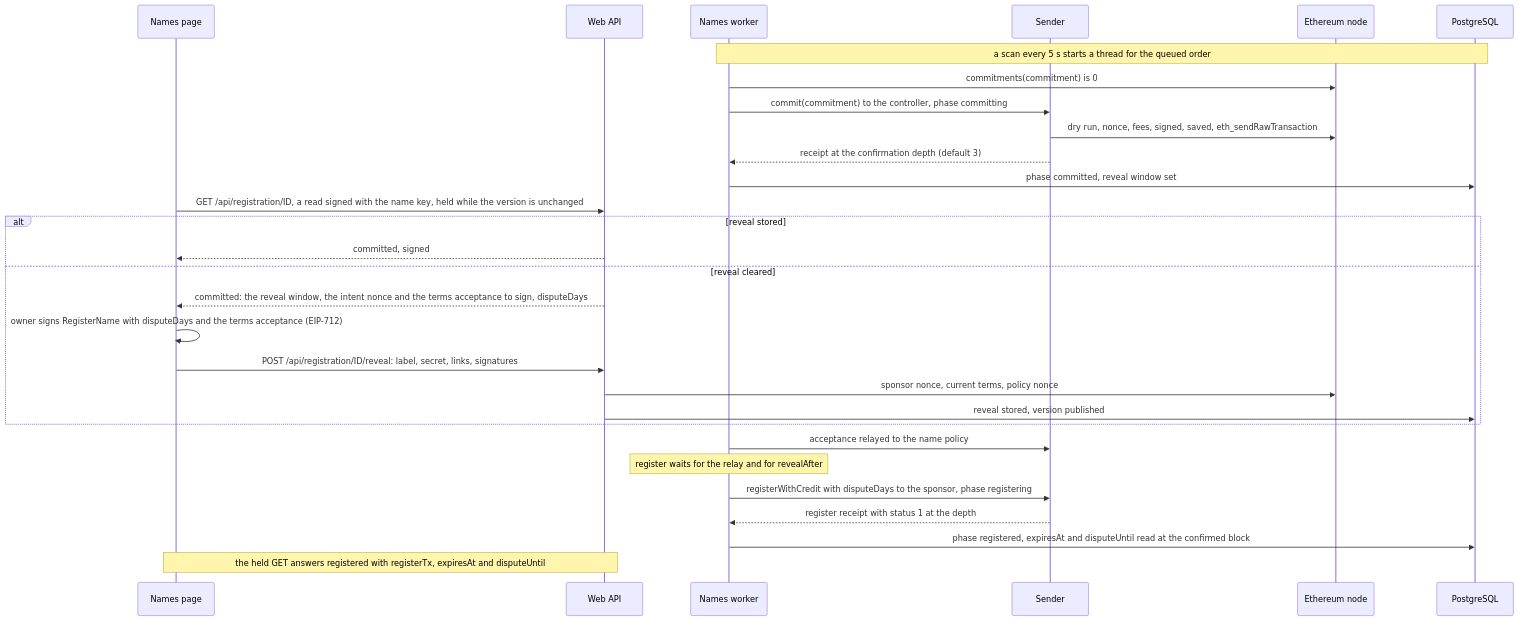
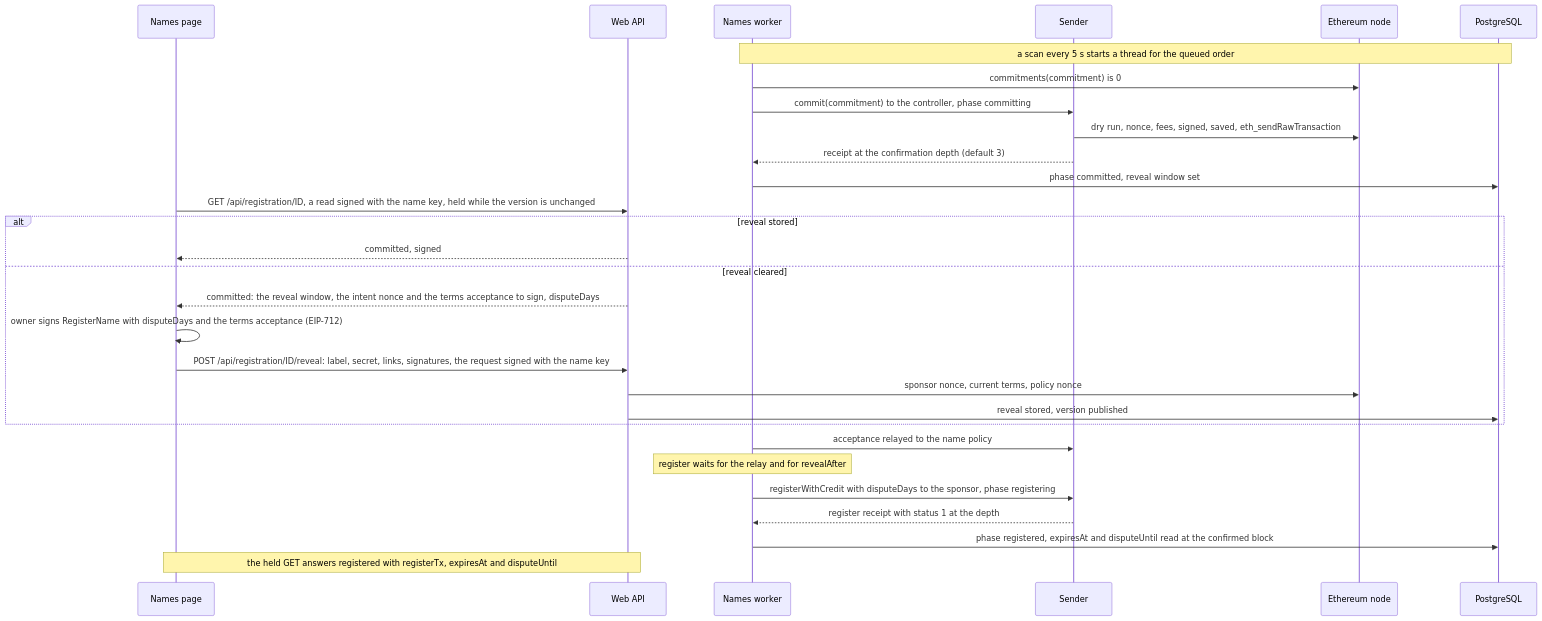
The third of 16 diagrams in apps/simplex-store-service/docs/names.md (simplex-chat/simplex-chat), drawn with Mermaid before and after one commit. The commit also changed other lines of this file and 2 other files, not shown here.

Commit message:
docs: the signed reveal request, the failed unregistrable order, timing

````diff
--- a/apps/simplex-store-service/docs/names.md
+++ b/apps/simplex-store-service/docs/names.md
@@ -219,31 +219,31 @@
 ```mermaid
 sequenceDiagram
   participant P as Names page
   participant W as Web API
   participant K as Names worker
   participant S as Sender
   participant E as Ethereum node
   participant D as PostgreSQL
   Note over K,D: a scan every 5 s starts a thread for the queued order
   K->>E: commitments(commitment) is 0
   K->>S: commit(commitment) to the controller, phase committing
   S->>E: dry run, nonce, fees, signed, saved, eth_sendRawTransaction
   S-->>K: receipt at the confirmation depth (default 3)
   K->>D: phase committed, reveal window set
   P->>W: GET /api/registration/ID, a read signed with the name key, held while the version is unchanged
   alt reveal stored
     W-->>P: committed, signed
   else reveal cleared
     W-->>P: committed: the reveal window, the intent nonce and the terms acceptance to sign, disputeDays
     P->>P: owner signs RegisterName with disputeDays and the terms acceptance (EIP-712)
-    P->>W: POST /api/registration/ID/reveal: label, secret, links, signatures
+    P->>W: POST /api/registration/ID/reveal: label, secret, links, signatures, the request signed with the name key
     W->>E: sponsor nonce, current terms, policy nonce
     W->>D: reveal stored, version published
   end
   K->>S: acceptance relayed to the name policy
   Note over K: register waits for the relay and for revealAfter
   K->>S: registerWithCredit with disputeDays to the sponsor, phase registering
   S-->>K: register receipt with status 1 at the depth
   K->>D: phase registered, expiresAt and disputeUntil read at the confirmed block
   Note over P,W: the held GET answers registered with registerTx, expiresAt and disputeUntil
 ```
````
